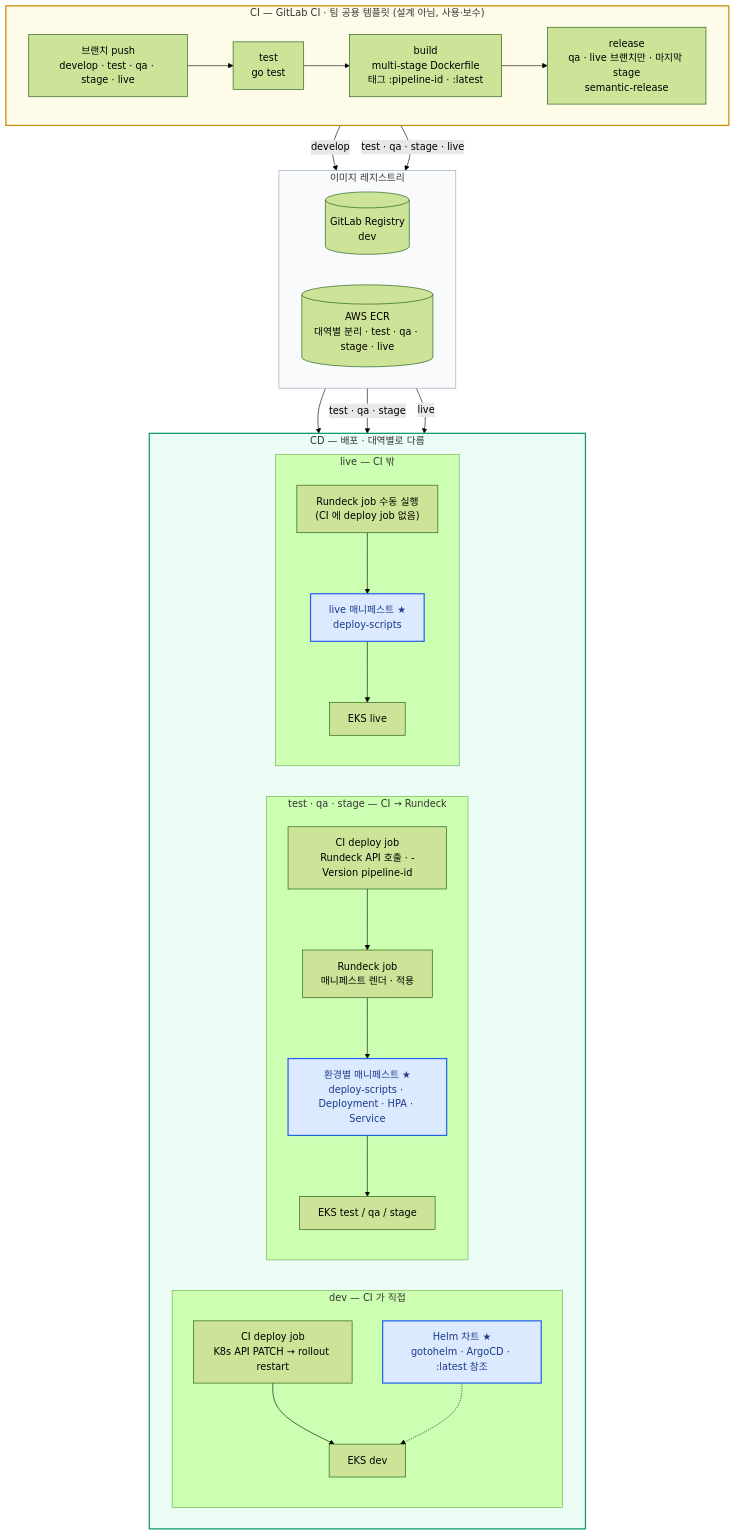
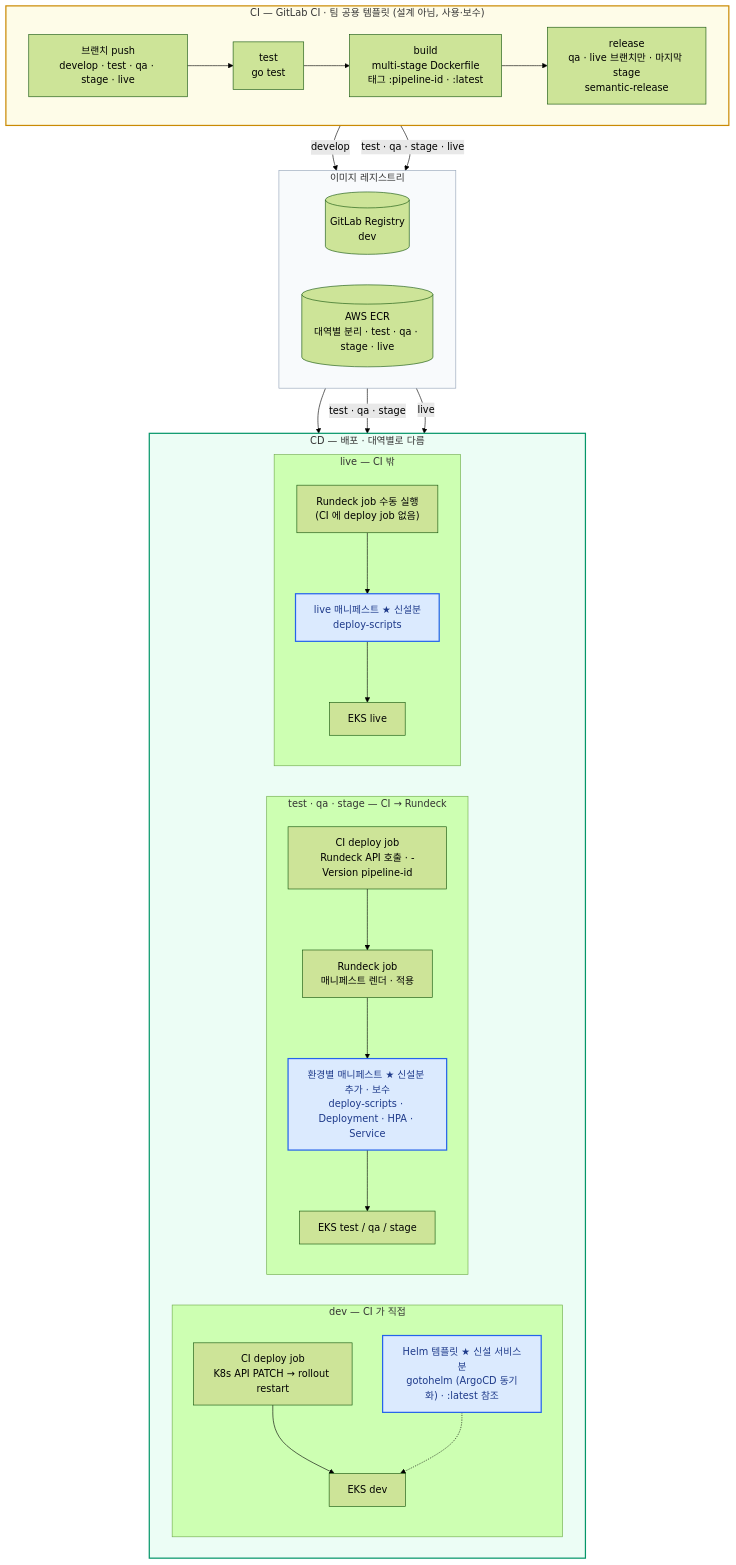
Before and after one commit to shalwxy/career: the diagram in content/diagrams/cicd.mmd, drawn with Mermaid (forest theme). The commit also changed 18 other files, not shown here.

```diff
--- a/content/diagrams/cicd.mmd
+++ b/content/diagrams/cicd.mmd
@@ -1,52 +1,52 @@
 %% title: CI/CD — 대역별 흐름 (★ = 기존 패턴을 복제해 직접 추가·보수한 설정)
 %% title_en: CI/CD — per-environment flow (★ = config I added or maintained by copying existing patterns)
 flowchart TB
     subgraph CI["CI — GitLab CI · 팀 공용 템플릿 (설계 아님, 사용·보수)"]
         direction LR
         BR["브랜치 push<br/>develop · test · qa · stage · live"]
         T["test<br/>go test"]
         B["build<br/>multi-stage Dockerfile<br/>태그 :pipeline-id · :latest"]
         REL["release<br/>qa · live 브랜치만 · 마지막 stage<br/>semantic-release"]
         BR --> T --> B --> REL
     end
     subgraph REG["이미지 레지스트리"]
         direction LR
         R1[("GitLab Registry<br/>dev")]
         R2[("AWS ECR<br/>대역별 분리 · test · qa · stage · live")]
     end
     subgraph CD["CD — 배포 · 대역별로 다름"]
         direction LR
         subgraph DEVL["dev — CI 가 직접"]
             direction TB
             D1["CI deploy job<br/>K8s API PATCH → rollout restart"]
-            H["Helm 차트 ★<br/>gotohelm · ArgoCD · :latest 참조"]
+            H["Helm 템플릿 ★ 신설 서비스분<br/>gotohelm (ArgoCD 동기화) · :latest 참조"]
             K1["EKS dev"]
             D1 --> K1
             H -.-> K1
         end
         subgraph TQS["test · qa · stage — CI → Rundeck"]
             direction TB
             D2["CI deploy job<br/>Rundeck API 호출 · -Version pipeline-id"]
             RD["Rundeck job<br/>매니페스트 렌더 · 적용"]
-            M["환경별 매니페스트 ★<br/>deploy-scripts · Deployment · HPA · Service"]
+            M["환경별 매니페스트 ★ 신설분 추가 · 보수<br/>deploy-scripts · Deployment · HPA · Service"]
             K2["EKS test / qa / stage"]
             D2 --> RD --> M --> K2
         end
         subgraph LIVE["live — CI 밖"]
             direction TB
             RL["Rundeck job 수동 실행<br/>(CI 에 deploy job 없음)"]
-            ML["live 매니페스트 ★<br/>deploy-scripts"]
+            ML["live 매니페스트 ★ 신설분<br/>deploy-scripts"]
             K3["EKS live"]
             RL --> ML --> K3
         end
     end
     B -- develop --> R1
     B -- "test · qa · stage · live" --> R2
     R1 --> D1
     R2 -- "test · qa · stage" --> D2
     R2 -- live --> RL
     classDef mine fill:#dbeafe,stroke:#2563eb,stroke-width:2px,color:#1e3a8a
     class H,M,ML mine
     style CI fill:#fefce8,stroke:#ca8a04,stroke-width:2px
     style CD fill:#ecfdf5,stroke:#059669,stroke-width:2px
     style REG fill:#f8fafc,stroke:#94a3b8
```
